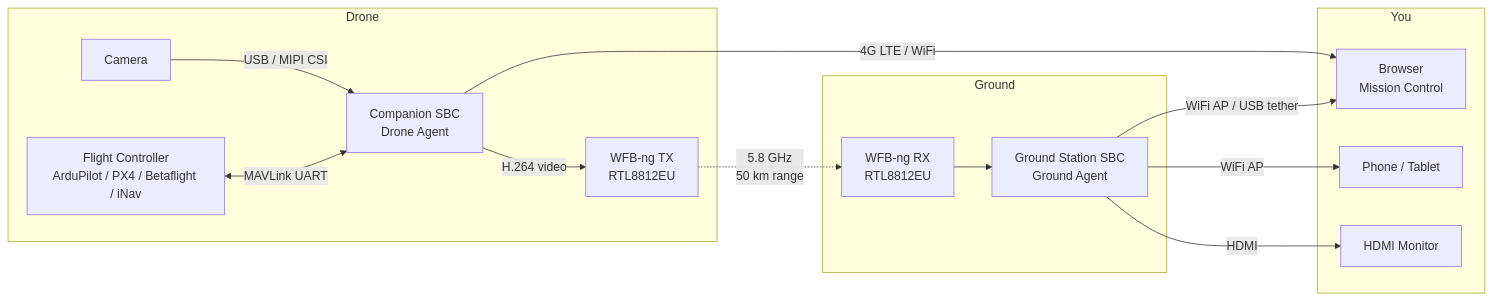
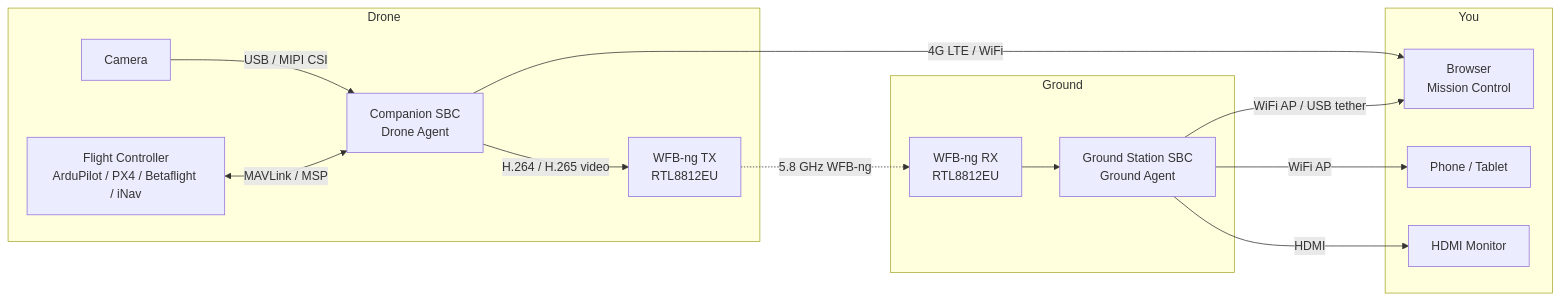
One commit to altnautica/Documentation changed the diagram in getting-started/introduction.mdx. Above: the diagram before and after it, drawn with Mermaid. The commit also changed other lines of this file and 19 other files, not shown here.

````diff
--- a/getting-started/introduction.mdx
+++ b/getting-started/introduction.mdx
@@ -36,30 +44,30 @@
 ```mermaid
 flowchart LR
     subgraph Drone
         FC[Flight Controller<br/>ArduPilot / PX4 / Betaflight / iNav]
         CAM[Camera]
         SBC[Companion SBC<br/>Drone Agent]
         RADIO_TX[WFB-ng TX<br/>RTL8812EU]
     end
 
     subgraph Ground
         RADIO_RX[WFB-ng RX<br/>RTL8812EU]
         GS[Ground Station SBC<br/>Ground Agent]
     end
 
     subgraph You
         BROWSER[Browser<br/>Mission Control]
         PHONE[Phone / Tablet]
         MONITOR[HDMI Monitor]
     end
 
-    FC <-->|MAVLink UART| SBC
+    FC <-->|MAVLink / MSP| SBC
     CAM -->|USB / MIPI CSI| SBC
-    SBC -->|H.264 video| RADIO_TX
-    RADIO_TX -.->|5.8 GHz<br/>50 km range| RADIO_RX
+    SBC -->|H.264 / H.265 video| RADIO_TX
+    RADIO_TX -.->|5.8 GHz WFB-ng| RADIO_RX
     RADIO_RX --> GS
     GS -->|WiFi AP / USB tether| BROWSER
     GS -->|WiFi AP| PHONE
     GS -->|HDMI| MONITOR
     SBC -->|4G LTE / WiFi| BROWSER
 ```
````
